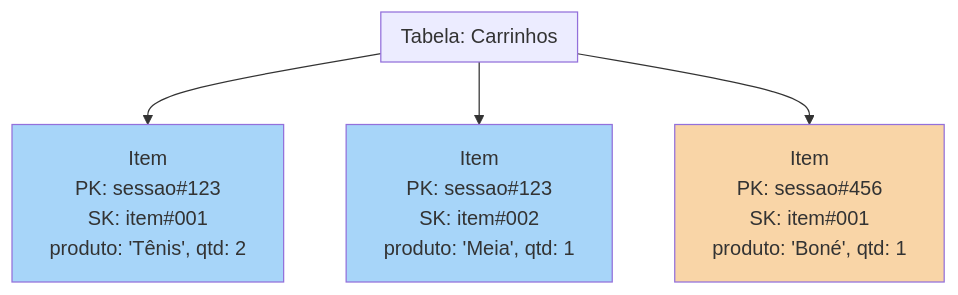
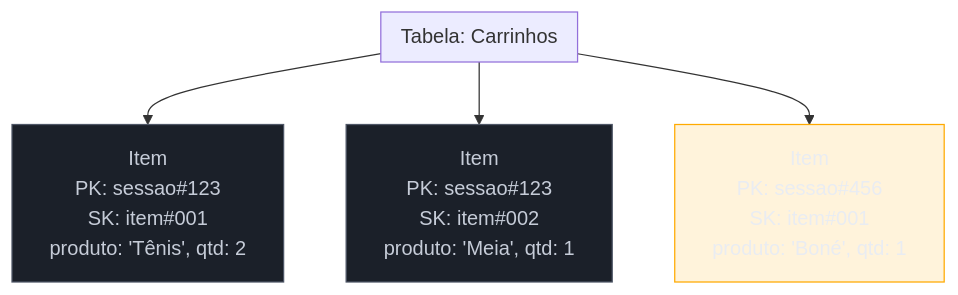
One commit to josenaldo/codex-technomanticus changed the first of 3 diagrams in 03-Dominios/Tecnologia/Cloud/09 - Bancos gerenciados/05 - NoSQL gerenciado (DynamoDB).md. Above: the diagram before and after it, drawn with Mermaid. The commit also changed other lines of this file and 1181 other files, not shown here.

First line of the commit message:
fix(diagramas): paleta do sistema no lugar de cor cravada no markdown

````diff
--- a/03-Dominios/Tecnologia/Cloud/09 - Bancos gerenciados/05 - NoSQL gerenciado (DynamoDB).md
+++ b/03-Dominios/Tecnologia/Cloud/09 - Bancos gerenciados/05 - NoSQL gerenciado (DynamoDB).md
@@ -42,17 +42,19 @@
 ```mermaid
 flowchart TB
+    classDef neutro fill:#1B2029,stroke:#4E5666,color:#C6CCD8
+    classDef destaque fill:#FFAA0024,stroke:#FFAA00,color:#E9ECF2
     subgraph Tabela["Tabela: Carrinhos"]
         direction TB
     end
     Item1["Item<br/>PK: sessao#123<br/>SK: item#001<br/>produto: 'Tênis', qtd: 2"]
     Item2["Item<br/>PK: sessao#123<br/>SK: item#002<br/>produto: 'Meia', qtd: 1"]
     Item3["Item<br/>PK: sessao#456<br/>SK: item#001<br/>produto: 'Boné', qtd: 1"]
 
     Tabela --> Item1
     Tabela --> Item2
     Tabela --> Item3
 
-    style Item1 fill:#a7d5f9
-    style Item2 fill:#a7d5f9
-    style Item3 fill:#f9d5a7
+    class Item1 neutro
+    class Item2 neutro
+    class Item3 destaque
 ```
````
